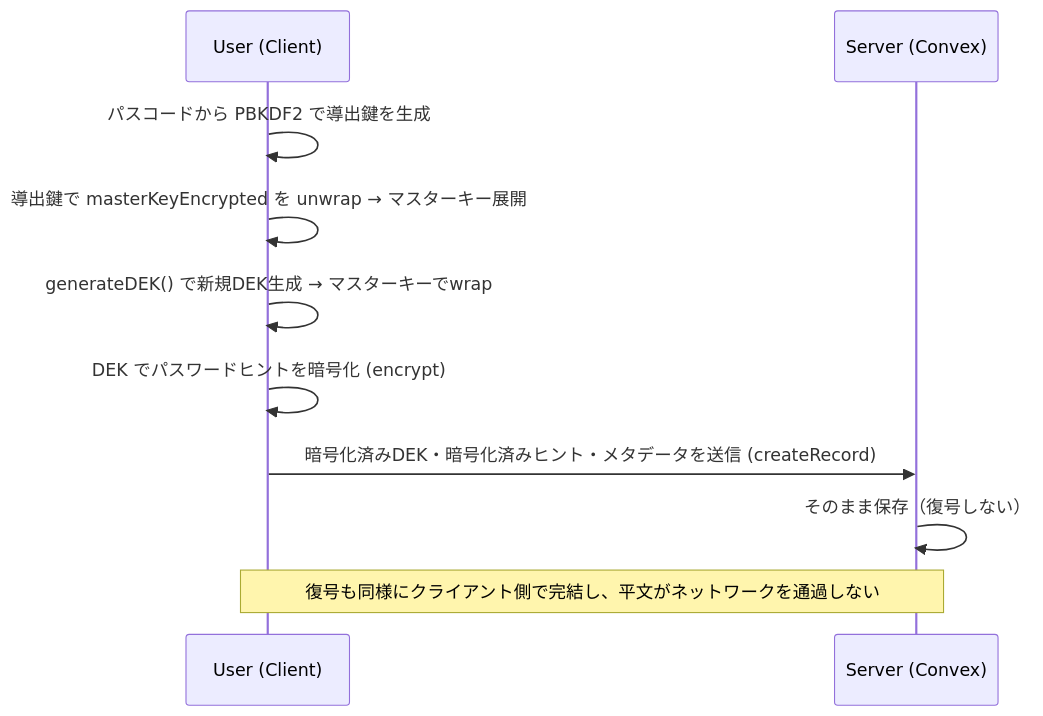
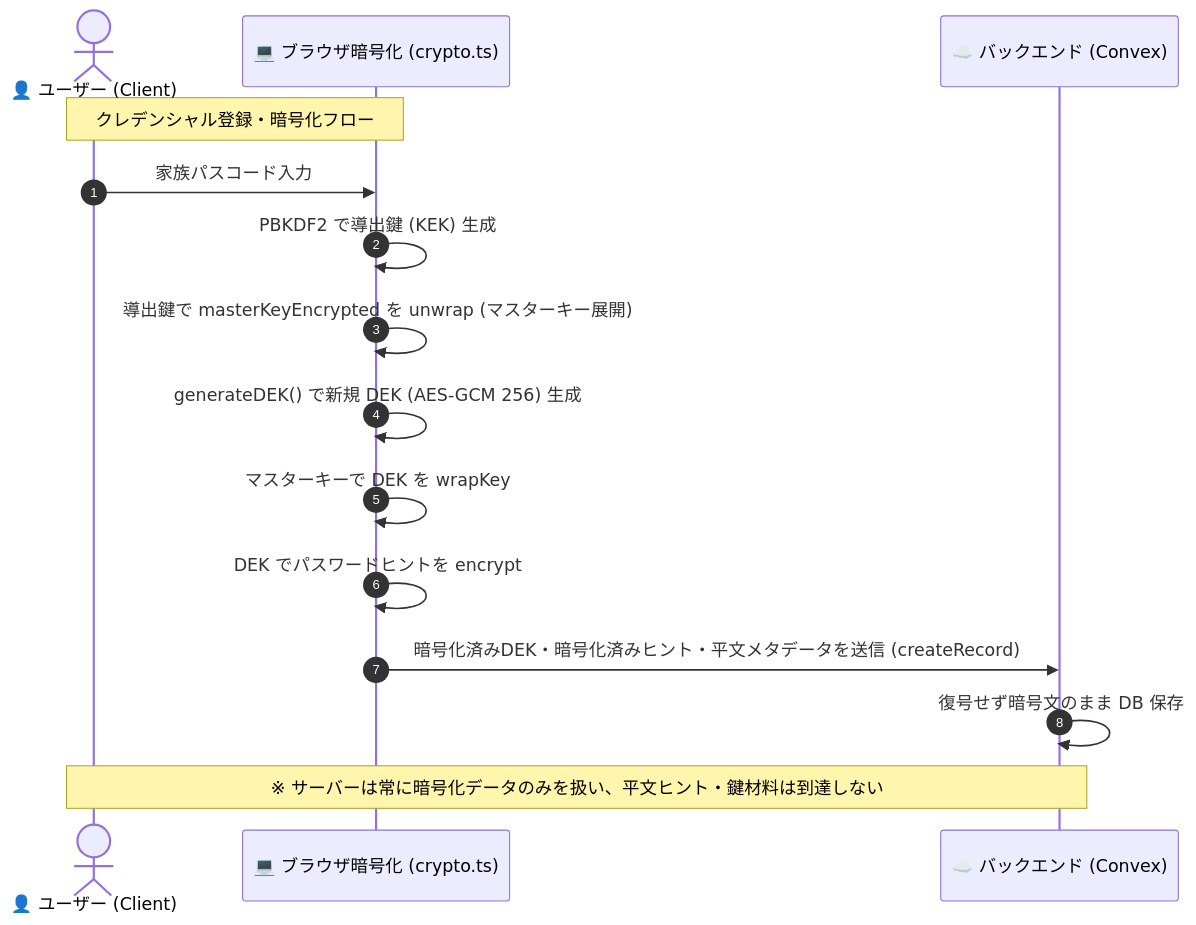
One commit to luthpg/poohma changed the second of 2 diagrams in .docs/security/e2ee.md. Above: the diagram before and after it, drawn with Mermaid. The commit also changed other lines of this file and 14 other files, not shown here.

First line of the commit message:
﻿docs: ドキュメントの .docs/ への統一・Mermaid図の刷新とリンク修正

`````diff
--- a/.docs/security/e2ee.md
+++ b/.docs/security/e2ee.md
@@ -48,13 +80,19 @@
-````mermaid
+```mermaid
 sequenceDiagram
-    participant U as User (Client)
-    participant S as Server (Convex)
+    autonumber
+    actor U as 👤 ユーザー (Client)
+    participant B as 💻 ブラウザ暗号化 (crypto.ts)
+    participant S as ☁️ バックエンド (Convex)
 
-    U->>U: パスコードから PBKDF2 で導出鍵を生成
-    U->>U: 導出鍵で masterKeyEncrypted を unwrap → マスターキー展開
-    U->>U: generateDEK() で新規DEK生成 → マスターキーでwrap
-    U->>U: DEK でパスワードヒントを暗号化 (encrypt)
-    U->>S: 暗号化済みDEK・暗号化済みヒント・メタデータを送信 (createRecord)
-    S->>S: そのまま保存（復号しない）
-    Note over U,S: 復号も同様にクライアント側で完結し、平文がネットワークを通過しない
-````
+    Note over U,B: クレデンシャル登録・暗号化フロー
+    U->>B: 家族パスコード入力
+    B->>B: PBKDF2 で導出鍵 (KEK) 生成
+    B->>B: 導出鍵で masterKeyEncrypted を unwrap (マスターキー展開)
+    B->>B: generateDEK() で新規 DEK (AES-GCM 256) 生成
+    B->>B: マスターキーで DEK を wrapKey
+    B->>B: DEK でパスワードヒントを encrypt
+    B->>S: 暗号化済みDEK・暗号化済みヒント・平文メタデータを送信 (createRecord)
+    S->>S: 復号せず暗号文のまま DB 保存
+
+    Note over U,S: ※ サーバーは常に暗号化データのみを扱い、平文ヒント・鍵材料は到達しない
+```
`````
